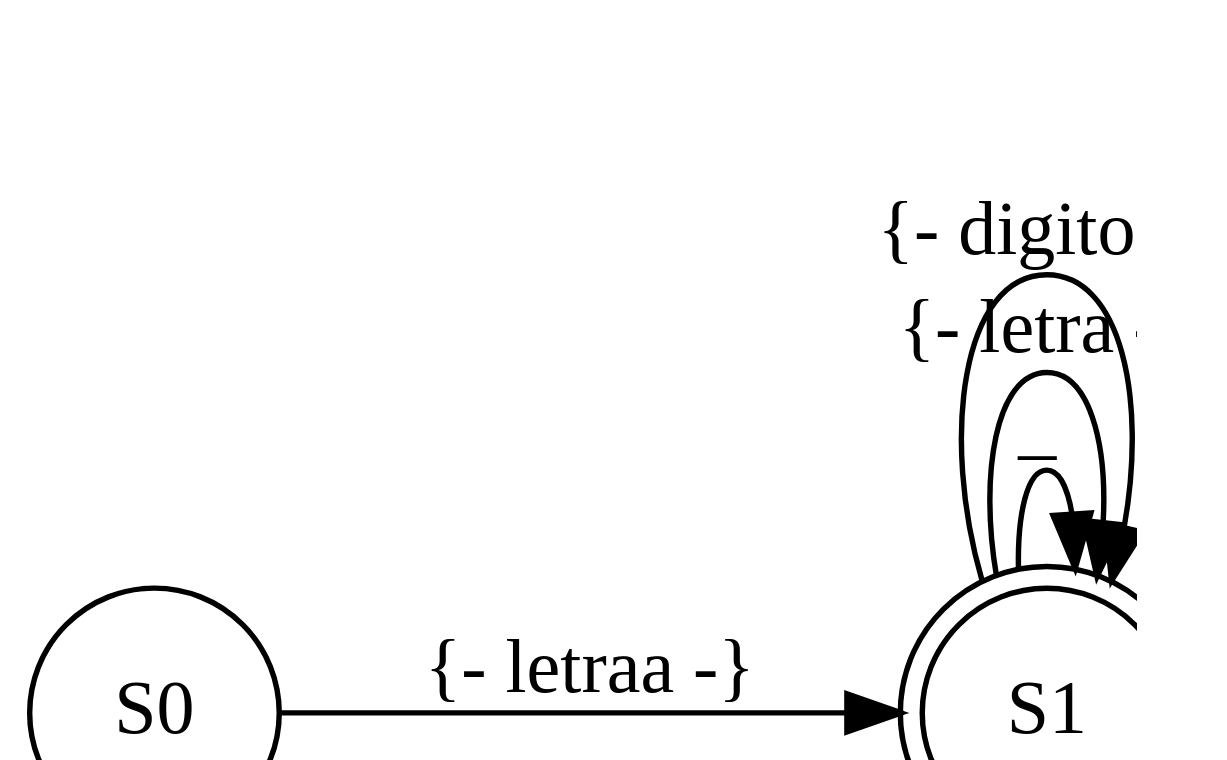
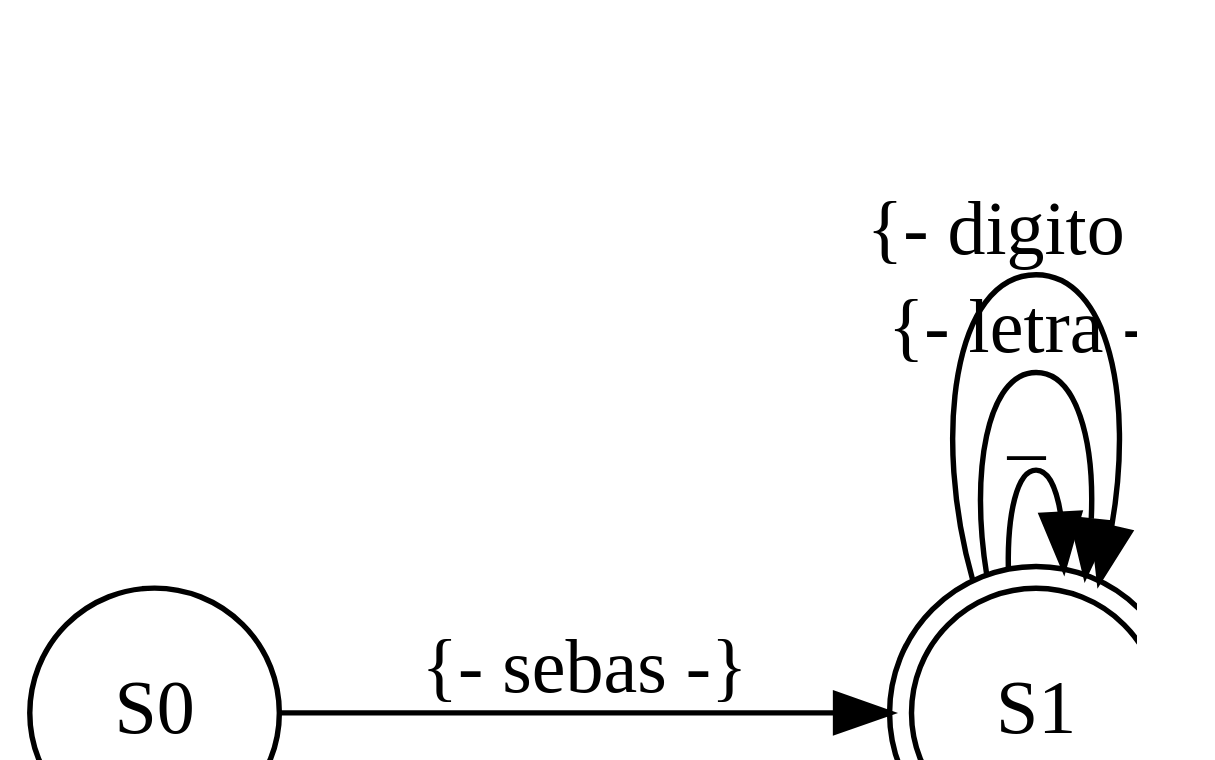
One commit to PiterAngel/-OLC1-Proyecto1_201902301 changed the diagram in [OLC1]Proyecto1_201902301/AFD_201902301/AFD1_1.dot. Above: the diagram before and after it, drawn with Graphviz. The commit also changed 42 other files, not shown here.

```diff
--- a/[OLC1]Proyecto1_201902301/AFD_201902301/AFD1_1.dot
+++ b/[OLC1]Proyecto1_201902301/AFD_201902301/AFD1_1.dot
@@ -1,8 +1,8 @@
 digraph AFD{
 
  rankdir=LR;
  dpi=150; 
-    node [shape = circle]S0->S1[label= "{- letraa -}" ]S1[shape = doublecircle] 
+    node [shape = circle]S0->S1[label= "{- sebas -}" ]S1[shape = doublecircle] 
 S1->S1[label= "  _  " ]S1->S1[label= "{- letra -}" ]S1->S1[label= "{- digito -}" ]
 
 }
```
